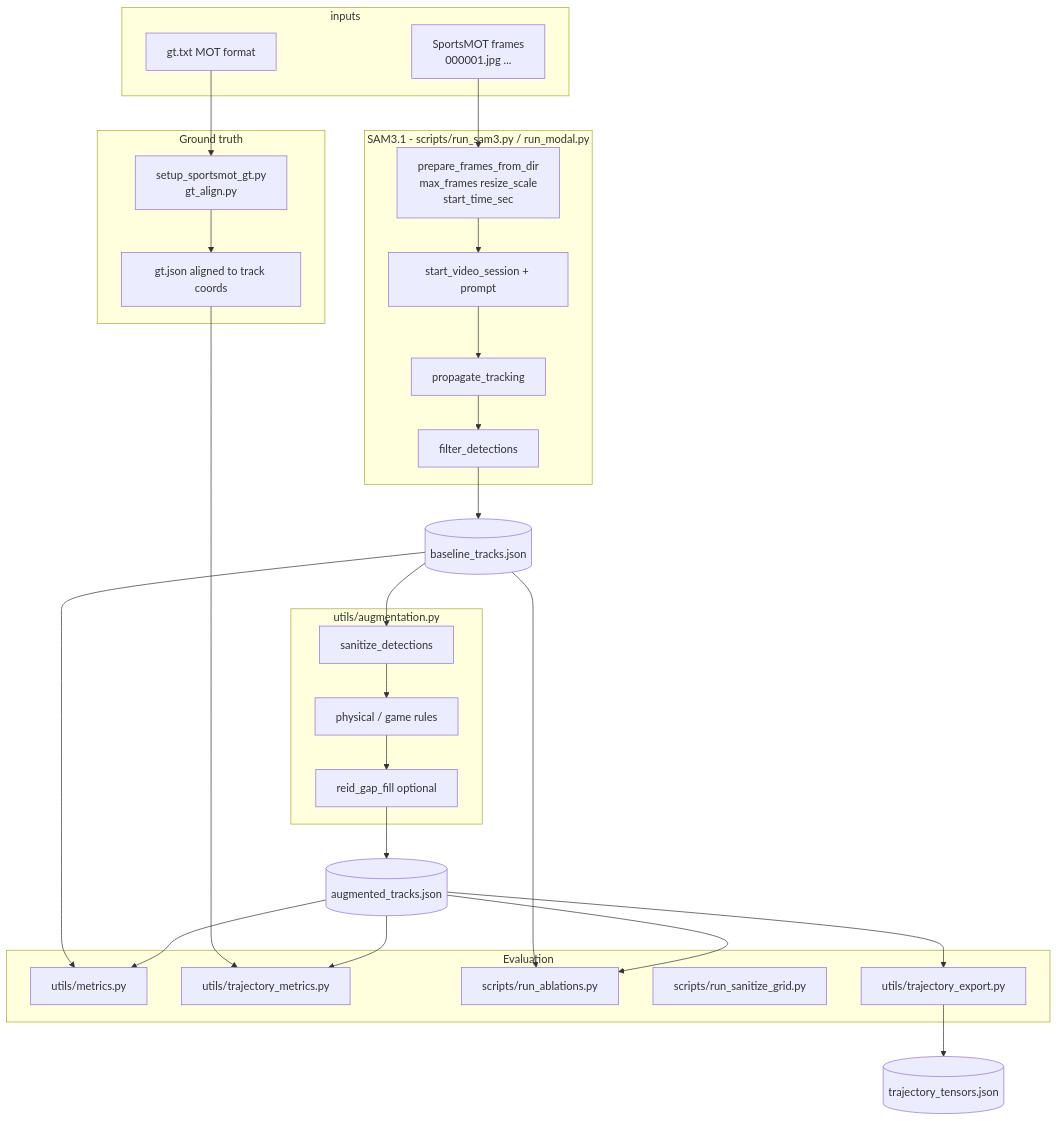
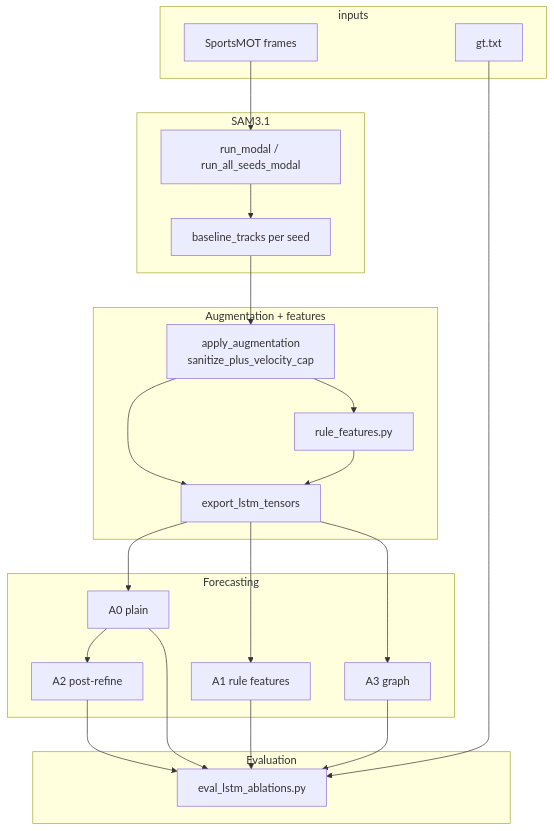
Before and after one commit to piercenolan/cs231n-player-trajectories: the diagram in docs/PROJECT_PLAN.md, drawn with Mermaid. The commit also changed other lines of this file and 208 other files, not shown here.

````diff
--- a/docs/PROJECT_PLAN.md
+++ b/docs/PROJECT_PLAN.md
@@ -82,50 +88,41 @@
 ```mermaid
 flowchart TB
   subgraph inputs
-    V[SportsMOT frames\n000001.jpg ...]
-    MOT[gt.txt MOT format]
+    V[SportsMOT frames]
+    MOT[gt.txt]
   end
 
-  subgraph sam3 [SAM3.1 - scripts/run_sam3.py / run_modal.py]
-    PREP[prepare_frames_from_dir\nmax_frames resize_scale\nstart_time_sec]
-    SESS[start_video_session + prompt]
-    PROP[propagate_tracking]
-    FILT[filter_detections]
-    PREP --> SESS --> PROP --> FILT
+  subgraph sam3 [SAM3.1]
+    MOD[run_modal / run_all_seeds_modal]
+    BT[baseline_tracks per seed]
+    V --> MOD --> BT
   end
 
-  subgraph gt_path [Ground truth]
-    ALIGN[setup_sportsmot_gt.py\ngt_align.py]
-    MOT --> ALIGN
-    GJ[gt.json aligned to track coords]
-    ALIGN --> GJ
+  subgraph aug_path [Augmentation + features]
+    AUG[apply_augmentation\nsanitize_plus_velocity_cap]
+    RF[rule_features.py]
+    EXP[export_lstm_tensors]
+    BT --> AUG --> EXP
+    AUG --> RF --> EXP
   end
 
-  subgraph aug_path [utils/augmentation.py]
-    S0[sanitize_detections]
-    S1[physical / game rules]
-    S2[reid_gap_fill optional]
-    S0 --> S1 --> S2
+  subgraph lstm_path [Forecasting]
+    A0[A0 plain]
+    A1[A1 rule features]
+    A3[A3 graph]
+    A2[A2 post-refine]
+    EXP --> A0
+    EXP --> A1
+    EXP --> A3
+    A0 --> A2
   end
 
   subgraph eval_path [Evaluation]
-    M[utils/metrics.py]
-    ADE[utils/trajectory_metrics.py]
-    ABL[scripts/run_ablations.py]
-    GRID[scripts/run_sanitize_grid.py]
-    EXP[utils/trajectory_export.py]
+    EVAL[eval_lstm_ablations.py]
+    MOT --> EVAL
+    A0 --> EVAL
+    A1 --> EVAL
+    A3 --> EVAL
+    A2 --> EVAL
   end
-
-  V --> PREP
-  FILT --> BT[(baseline_tracks.json)]
-  BT --> S0
-  S2 --> AT[(augmented_tracks.json)]
-  BT --> M
-  AT --> M
-  GJ --> ADE
-  AT --> ADE
-  BT --> ABL
-  AT --> ABL
-  AT --> EXP
-  EXP --> TT[(trajectory_tensors.json)]
 ```
````
